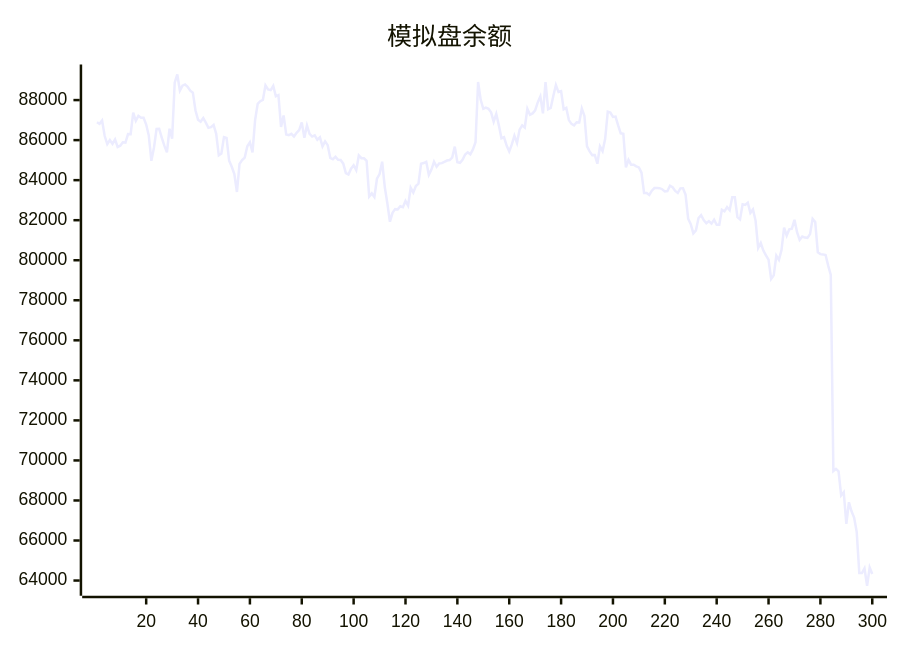
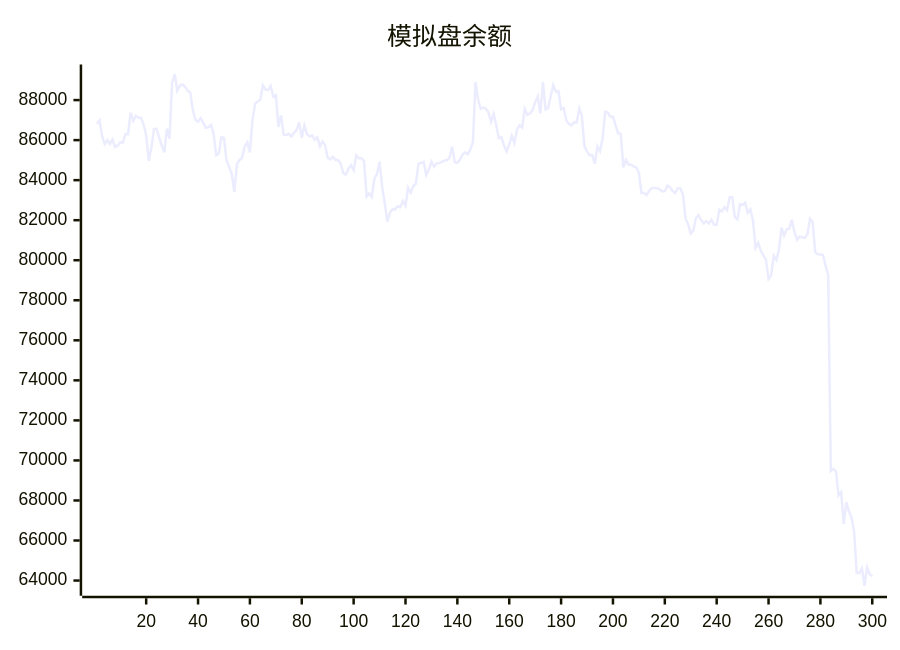
One commit to aahl/ai-trading changed the diagram in README.md. Above: the diagram before and after it, drawn with Mermaid. The commit also changed other lines of this file and 1 other file, not shown here.

````diff
--- a/README.md
+++ b/README.md
@@ -5,5 +5,5 @@
 ```mermaid
 xychart
     title "模拟盘余额"
-    line [86892,86814,86980,86203,85802,86003,85811,86028,85657,85721,85896,85880,86300,86299,87378,86965,87214,87115,87118,86780,86238,84966,85623,86555,86562,86129,85722,85387,86569,86070,88870,89278,88477,88720,88781,88668,88467,88372,87493,87018,86917,87102,86870,86613,86644,86758,86317,85242,85334,86149,86106,84968,84671,84302,83410,84816,85001,85127,85693,85891,85384,87001,87811,87945,88007,88734,88528,88495,88705,88189,88248,86662,87234,86279,86251,86314,86177,86364,86503,86886,86114,86731,86310,86176,86240,86017,86136,85685,85938,85749,85111,85044,85164,85016,85008,84824,84354,84287,84572,84745,84500,85234,85096,85095,84970,83180,83338,83157,84070,84309,84922,83667,82850,81924,82369,82552,82539,82695,82648,82962,82728,83619,83378,83710,83825,84819,84854,84917,84265,84527,84919,84668,84834,84850,84916,84981,85004,85131,85674,84891,84864,85019,85284,85393,85294,85538,85894,88904,88012,87567,87625,87568,87386,86920,87313,86737,86094,86143,85725,85437,85787,86219,85859,86526,86740,86630,87563,87264,87335,87483,87886,88180,87335,88894,87544,87608,88207,88755,88401,88444,87543,87608,87000,86810,86740,86894,86884,87576,87209,85686,85435,85251,85255,84820,85689,85453,86066,87420,87373,87161,87178,86740,86341,86315,84643,85012,84772,84768,84690,84635,84376,83360,83357,83259,83474,83608,83606,83602,83548,83440,83454,83724,83644,83464,83365,83590,83592,83275,82072,81806,81344,81492,82109,82254,82006,81848,81955,81829,82022,81769,81776,82522,82441,82656,82498,83144,83144,82150,82038,82797,82763,82872,82367,82536,81981,80612,80862,80484,80242,80034,79063,79245,80226,80016,80507,81625,81233,81544,81578,82016,81401,81019,81186,81130,81118,81306,82066,81909,80392,80304,80291,80258,79729,79261,69466,69579,69456,68251,68415,66832,67911,67462,67144,66432,64380,64375,64606,63740,64647,64324]
+    line [86814,86980,86203,85802,86003,85811,86028,85657,85721,85896,85880,86300,86299,87378,86965,87214,87115,87118,86780,86238,84966,85623,86555,86562,86129,85722,85387,86569,86070,88870,89278,88477,88720,88781,88668,88467,88372,87493,87018,86917,87102,86870,86613,86644,86758,86317,85242,85334,86149,86106,84968,84671,84302,83410,84816,85001,85127,85693,85891,85384,87001,87811,87945,88007,88734,88528,88495,88705,88189,88248,86662,87234,86279,86251,86314,86177,86364,86503,86886,86114,86731,86310,86176,86240,86017,86136,85685,85938,85749,85111,85044,85164,85016,85008,84824,84354,84287,84572,84745,84500,85234,85096,85095,84970,83180,83338,83157,84070,84309,84922,83667,82850,81924,82369,82552,82539,82695,82648,82962,82728,83619,83378,83710,83825,84819,84854,84917,84265,84527,84919,84668,84834,84850,84916,84981,85004,85131,85674,84891,84864,85019,85284,85393,85294,85538,85894,88904,88012,87567,87625,87568,87386,86920,87313,86737,86094,86143,85725,85437,85787,86219,85859,86526,86740,86630,87563,87264,87335,87483,87886,88180,87335,88894,87544,87608,88207,88755,88401,88444,87543,87608,87000,86810,86740,86894,86884,87576,87209,85686,85435,85251,85255,84820,85689,85453,86066,87420,87373,87161,87178,86740,86341,86315,84643,85012,84772,84768,84690,84635,84376,83360,83357,83259,83474,83608,83606,83602,83548,83440,83454,83724,83644,83464,83365,83590,83592,83275,82072,81806,81344,81492,82109,82254,82006,81848,81955,81829,82022,81769,81776,82522,82441,82656,82498,83144,83144,82150,82038,82797,82763,82872,82367,82536,81981,80612,80862,80484,80242,80034,79063,79245,80226,80016,80507,81625,81233,81544,81578,82016,81401,81019,81186,81130,81118,81306,82066,81909,80392,80304,80291,80258,79729,79261,69466,69579,69456,68251,68415,66832,67911,67462,67144,66432,64380,64375,64606,63740,64647,64324,64216]
 ```
````
